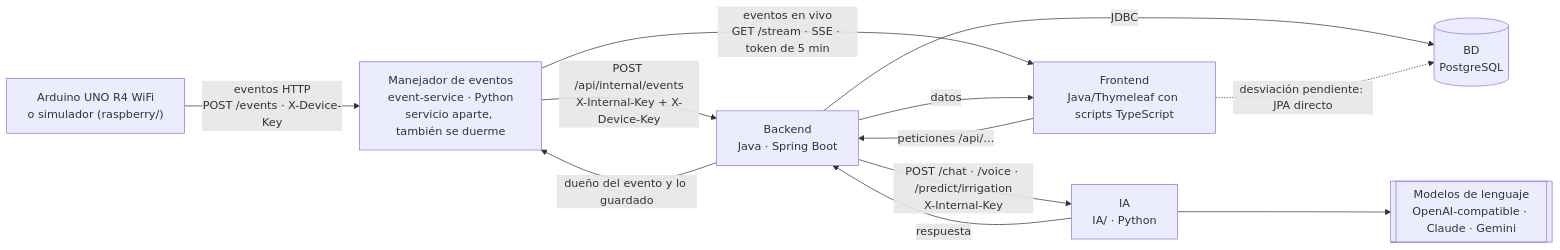
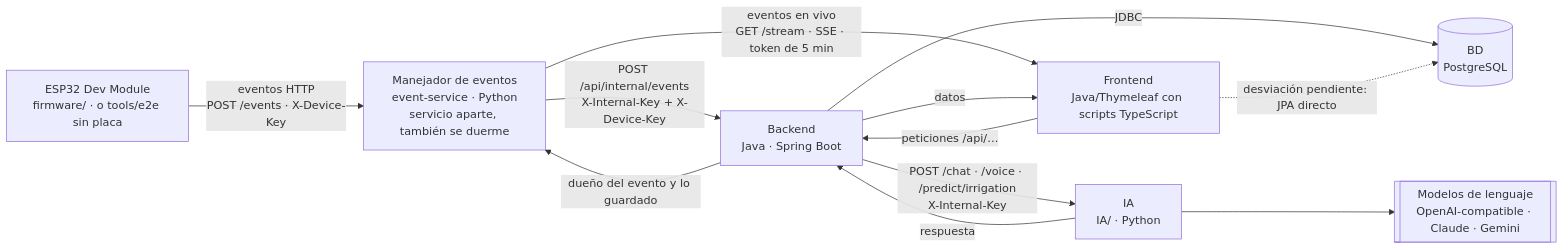
Before and after one commit to WilliamChavez-Grupo2b/BACKEND-AGROSENSE: the diagram in docs/ARQUITECTURA.md, drawn with Mermaid. The commit also changed other lines of this file and 13 other files, not shown here.

````diff
--- a/docs/ARQUITECTURA.md
+++ b/docs/ARQUITECTURA.md
@@ -112,22 +111,22 @@
 ```mermaid
 flowchart LR
-    RPI["Arduino UNO R4 WiFi<br/>o simulador (raspberry/)"]
+    RPI["ESP32 Dev Module<br/>firmware/ · o tools/e2e sin placa"]
     EV["Manejador de eventos<br/>event-service · Python<br/>servicio aparte, también se duerme"]
     FE["Frontend<br/>Java/Thymeleaf con scripts TypeScript"]
     BE["Backend<br/>Java · Spring Boot"]
     DB[("BD<br/>PostgreSQL")]
     IA["IA<br/>IA/ · Python"]
     LLM[["Modelos de lenguaje<br/>OpenAI-compatible · Claude · Gemini"]]
 
     RPI -- "eventos HTTP<br/>POST /events · X-Device-Key" --> EV
     EV -- "POST /api/internal/events<br/>X-Internal-Key + X-Device-Key" --> BE
     BE -- "dueño del evento y lo guardado" --> EV
     EV -- "eventos en vivo<br/>GET /stream · SSE · token de 5 min" --> FE
     FE -- "peticiones /api/…" --> BE
     BE -- "datos" --> FE
     BE -- "JDBC" --> DB
     BE -- "POST /chat · /voice · /predict/irrigation<br/>X-Internal-Key" --> IA
     IA -- "respuesta" --> BE
     IA --> LLM
     FE -. "desviación pendiente: JPA directo" .-> DB
 ```
````
